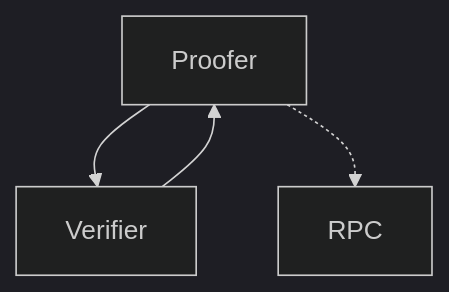
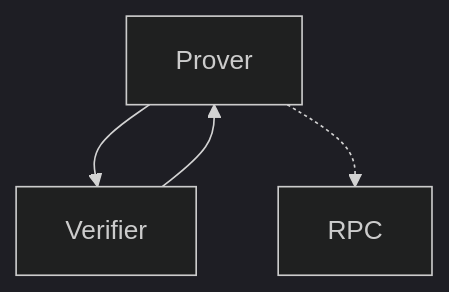
One commit to corpus-core/colibri-stateless changed the diagram in README.md. Above: the diagram before and after it, drawn with Mermaid (dark theme). The commit also changed other lines of this file and 138 other files, not shown here.

Commit message:
rename proofer -> prover

````diff
--- a/README.md
+++ b/README.md
@@ -11,6 +11,6 @@
 ```mermaid
 flowchart
-    P[Proofer] --> V[Verifier]
+    P[Prover] --> V[Verifier]
     V --> P
     P -.-> RPC
 ```
````
